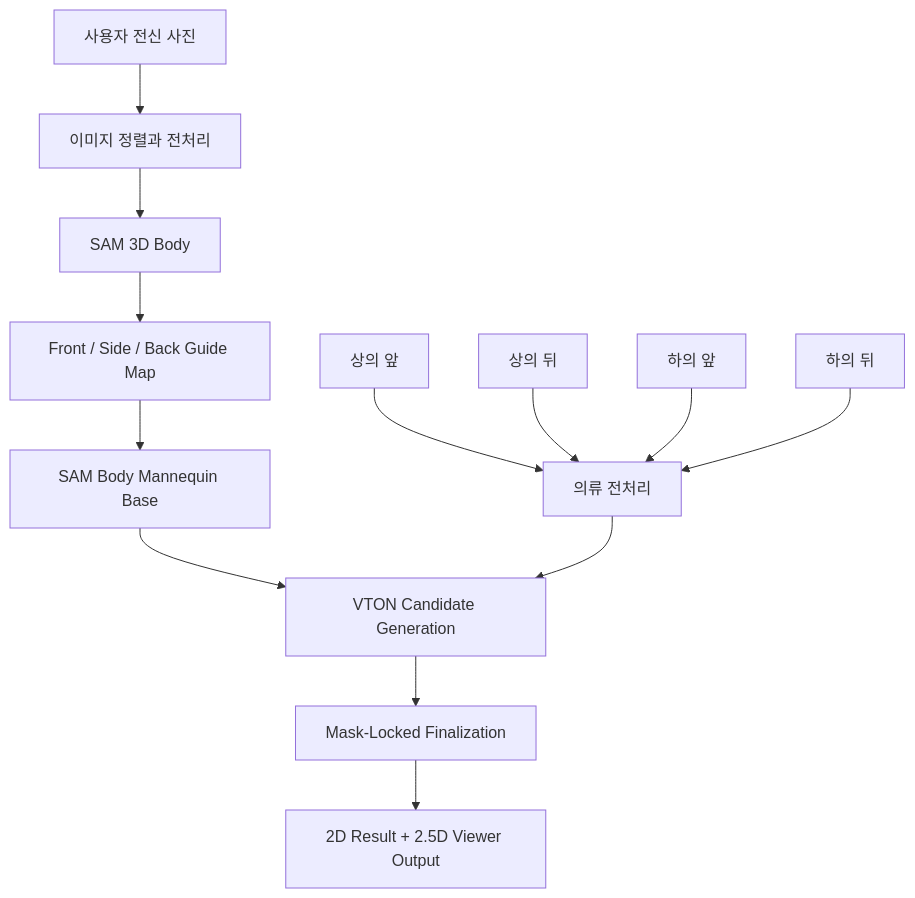
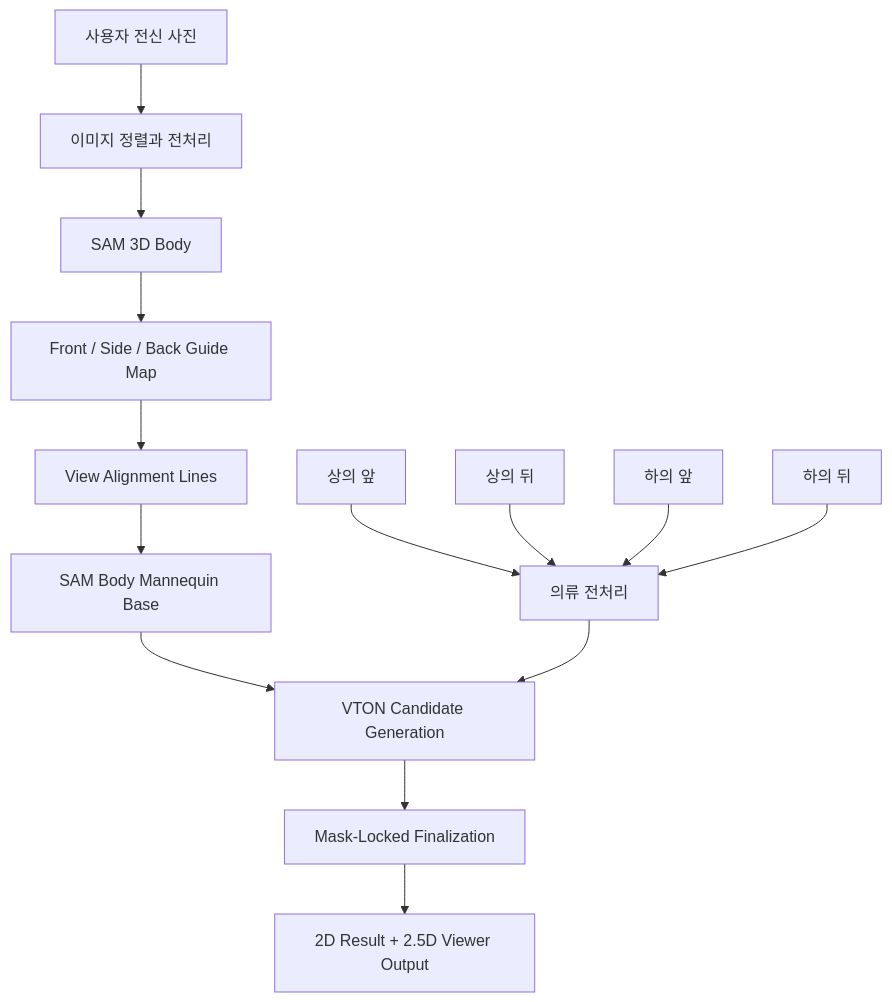
One commit to Capstone-BIG4/AI changed the second of 3 diagrams in docs/developer-guide.md. Above: the diagram before and after it, drawn with Mermaid. The commit also changed other lines of this file and 9 other files, not shown here.

````diff
--- a/docs/developer-guide.md
+++ b/docs/developer-guide.md
@@ -44,23 +44,24 @@
 ```mermaid
 flowchart TD
   Person[사용자 전신 사진]
   TopFront[상의 앞]
   TopBack[상의 뒤]
   PantsFront[하의 앞]
   PantsBack[하의 뒤]
 
   Person --> Preprocess[이미지 정렬과 전처리]
   Preprocess --> Body[SAM 3D Body]
   Body --> Guides[Front / Side / Back Guide Map]
+  Guides --> Align[View Alignment Lines]
 
   TopFront --> GarmentPrep[의류 전처리]
   TopBack --> GarmentPrep
   PantsFront --> GarmentPrep
   PantsBack --> GarmentPrep
 
-  Guides --> Base[SAM Body Mannequin Base]
+  Align --> Base[SAM Body Mannequin Base]
   Base --> VTON[VTON Candidate Generation]
   GarmentPrep --> VTON
   VTON --> Finalize[Mask-Locked Finalization]
   Finalize --> Viewer[2D Result + 2.5D Viewer Output]
 ```
````
